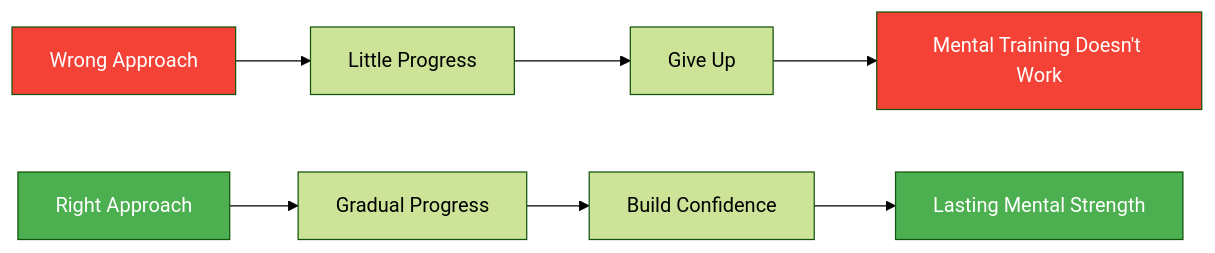
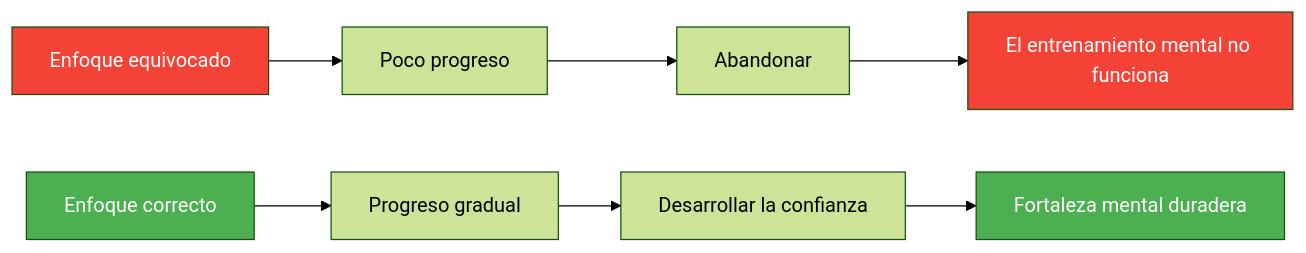
Before and after one commit to patwii/petanque-academy: the diagram in docs/es/articles/mental-training-mistakes.md, drawn with Mermaid (forest theme). The commit also changed other lines of this file and 550 other files, not shown here.

````diff
--- a/docs/es/articles/mental-training-mistakes.md
+++ b/docs/es/articles/mental-training-mistakes.md
@@ -16,15 +16,15 @@
 ```mermaid
 flowchart LR
-    A[Wrong Approach] --> B[Little Progress]
-    B --> C[Give Up]
-    C --> D[Mental Training Doesn't Work]
+    A[Enfoque equivocado] --> B[Poco progreso]
+    B --> C[Abandonar]
+    C --> D[El entrenamiento mental no funciona]
 
-    E[Right Approach] --> F[Gradual Progress]
-    F --> G[Build Confidence]
-    G --> H[Lasting Mental Strength]
+    E[Enfoque correcto] --> F[Progreso gradual]
+    F --> G[Desarrollar la confianza]
+    G --> H[Fortaleza mental duradera]
 
     style A fill:#f44336,color:#fff
     style D fill:#f44336,color:#fff
     style E fill:#4CAF50,color:#fff
     style H fill:#4CAF50,color:#fff
 ```
````
